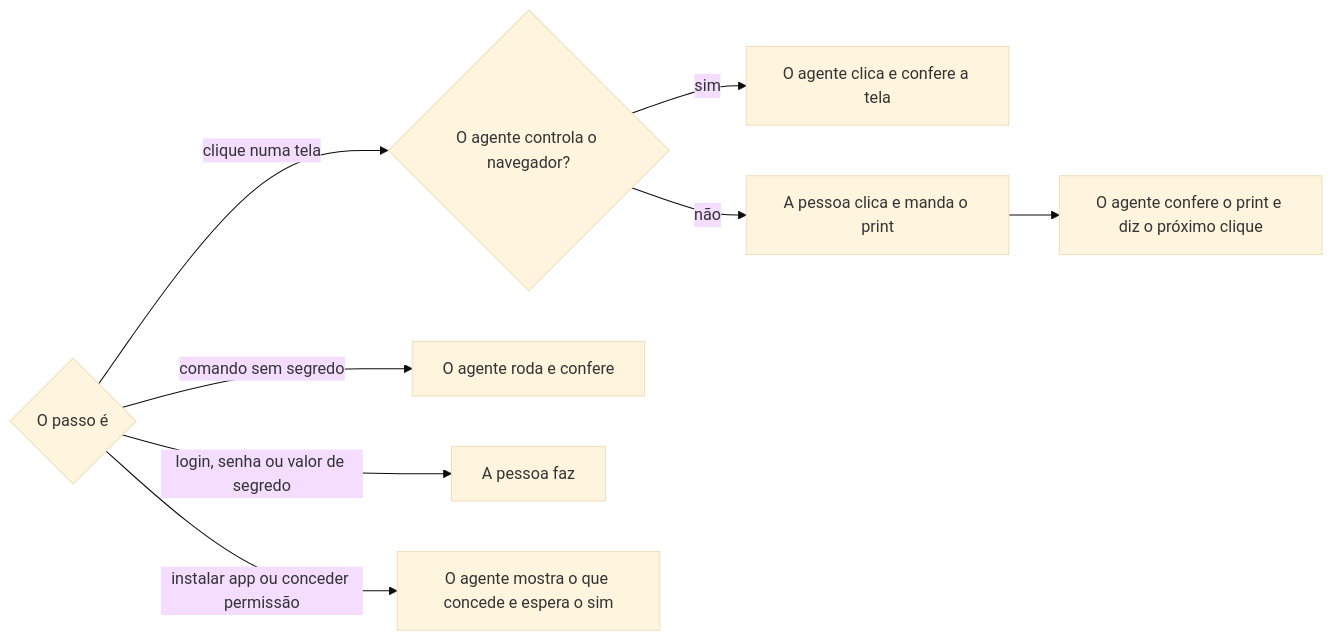
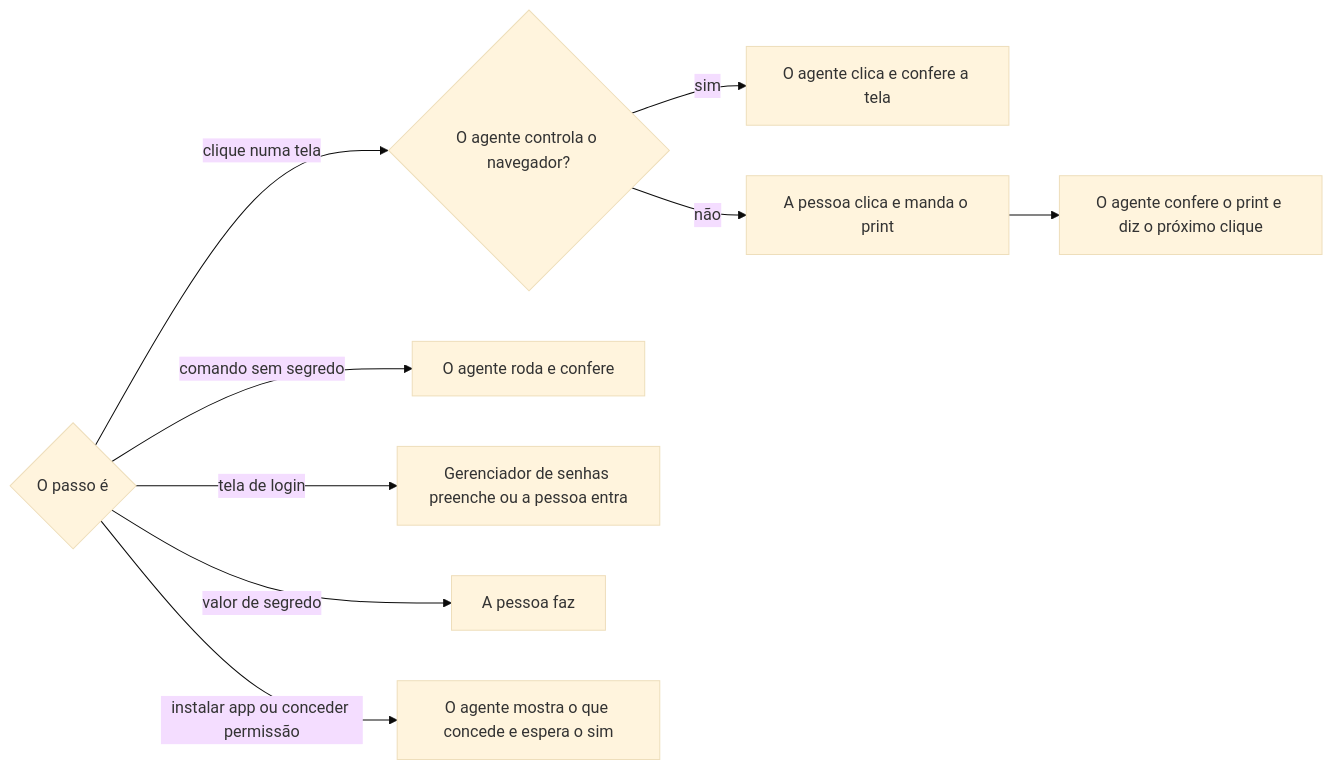
One commit to jimmyandrade/harness changed the diagram in .agents/skills/configurar-harness-de-negocio/SKILL.md. Above: the diagram before and after it, drawn with Mermaid (base theme). The commit also changed other lines of this file and 3 other files, not shown here.

````diff
--- a/.agents/skills/configurar-harness-de-negocio/SKILL.md
+++ b/.agents/skills/configurar-harness-de-negocio/SKILL.md
@@ -57,10 +57,11 @@
 ```mermaid
 flowchart LR
   P{O passo é} -->|clique numa tela| N{O agente controla o navegador?}
   N -->|sim| A[O agente clica e confere a tela]
   N -->|não| M[A pessoa clica e manda o print]
   M --> D[O agente confere o print e diz o próximo clique]
   P -->|comando sem segredo| B[O agente roda e confere]
-  P -->|login, senha ou valor de segredo| C[A pessoa faz]
+  P -->|tela de login| G[Gerenciador de senhas preenche ou a pessoa entra]
+  P -->|valor de segredo| C[A pessoa faz]
   P -->|instalar app ou conceder permissão| S[O agente mostra o que concede e espera o sim]
 ```
````
